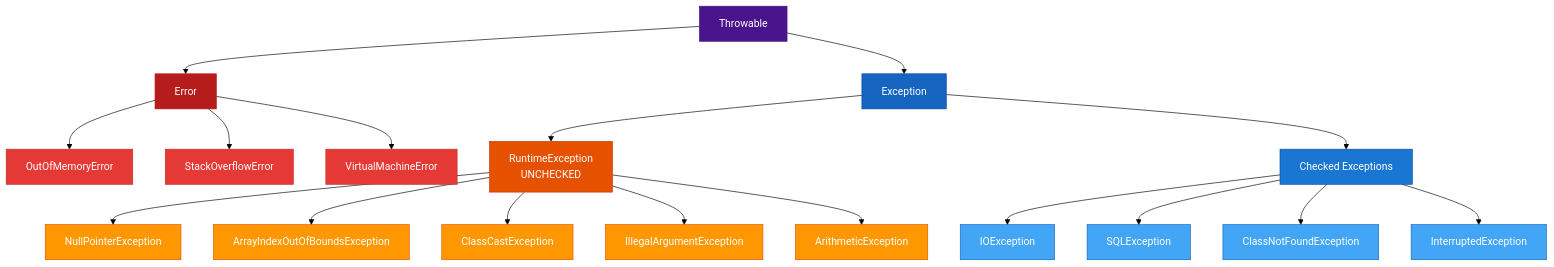
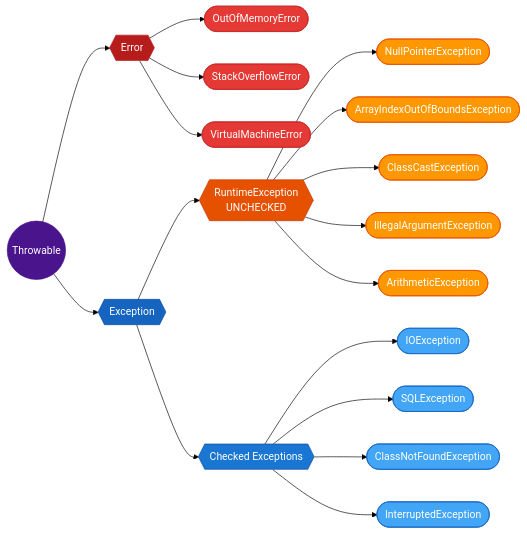
One commit to saivamsikaruturi/vamsilabs-dev-notes-main changed the first of 2 diagrams in docs/java/ExceptionHandling.md. Above: the diagram before and after it, drawn with Mermaid (forest theme). The commit also changed other lines of this file and 146 other files, not shown here.

Commit message:
Horizontal diagrams, UML class diagrams, typography overhaul, and permalink cleanup

````diff
--- a/docs/java/ExceptionHandling.md
+++ b/docs/java/ExceptionHandling.md
@@ -9,42 +9,42 @@
 ```mermaid
-flowchart TD
-    T[Throwable]
-    T --> E[Error]
-    T --> EX[Exception]
+flowchart LR
+    T(("Throwable"))
+    T --> E{{"Error"}}
+    T --> EX{{"Exception"}}
 
-    E --> OOM[OutOfMemoryError]
-    E --> SOE[StackOverflowError]
-    E --> VE[VirtualMachineError]
+    E --> OOM(["OutOfMemoryError"])
+    E --> SOE(["StackOverflowError"])
+    E --> VE(["VirtualMachineError"])
 
-    EX --> RE[RuntimeException<br/>UNCHECKED]
-    EX --> CE[Checked Exceptions]
+    EX --> RE{{"RuntimeException<br/>UNCHECKED"}}
+    EX --> CE{{"Checked Exceptions"}}
 
-    RE --> NPE[NullPointerException]
-    RE --> AIOB[ArrayIndexOutOfBoundsException]
-    RE --> CCE[ClassCastException]
-    RE --> IAE[IllegalArgumentException]
-    RE --> AE[ArithmeticException]
+    RE --> NPE(["NullPointerException"])
+    RE --> AIOB(["ArrayIndexOutOfBoundsException"])
+    RE --> CCE(["ClassCastException"])
+    RE --> IAE(["IllegalArgumentException"])
+    RE --> AE(["ArithmeticException"])
 
-    CE --> IOE[IOException]
-    CE --> SQLE[SQLException]
-    CE --> CNFE[ClassNotFoundException]
-    CE --> IE[InterruptedException]
+    CE --> IOE(["IOException"])
+    CE --> SQLE(["SQLException"])
+    CE --> CNFE(["ClassNotFoundException"])
+    CE --> IE(["InterruptedException"])
 
     style T fill:#4a148c,stroke:#4a148c,color:#ffffff
     style E fill:#b71c1c,stroke:#b71c1c,color:#ffffff
     style OOM fill:#e53935,stroke:#c62828,color:#ffffff
     style SOE fill:#e53935,stroke:#c62828,color:#ffffff
     style VE fill:#e53935,stroke:#c62828,color:#ffffff
     style EX fill:#1565c0,stroke:#0d47a1,color:#ffffff
     style RE fill:#e65100,stroke:#bf360c,color:#ffffff
     style NPE fill:#ff9800,stroke:#e65100,color:#ffffff
     style AIOB fill:#ff9800,stroke:#e65100,color:#ffffff
     style CCE fill:#ff9800,stroke:#e65100,color:#ffffff
     style IAE fill:#ff9800,stroke:#e65100,color:#ffffff
     style AE fill:#ff9800,stroke:#e65100,color:#ffffff
     style CE fill:#1976d2,stroke:#0d47a1,color:#ffffff
     style IOE fill:#42a5f5,stroke:#1565c0,color:#ffffff
     style SQLE fill:#42a5f5,stroke:#1565c0,color:#ffffff
     style CNFE fill:#42a5f5,stroke:#1565c0,color:#ffffff
     style IE fill:#42a5f5,stroke:#1565c0,color:#ffffff
 ```
````
